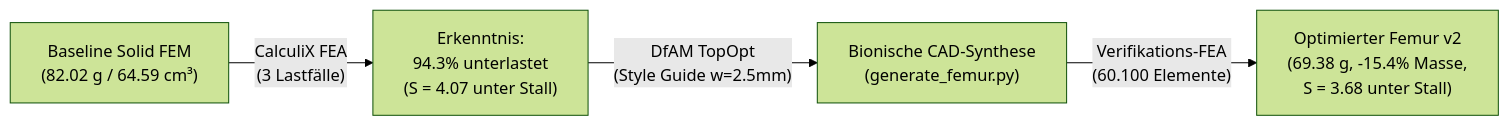
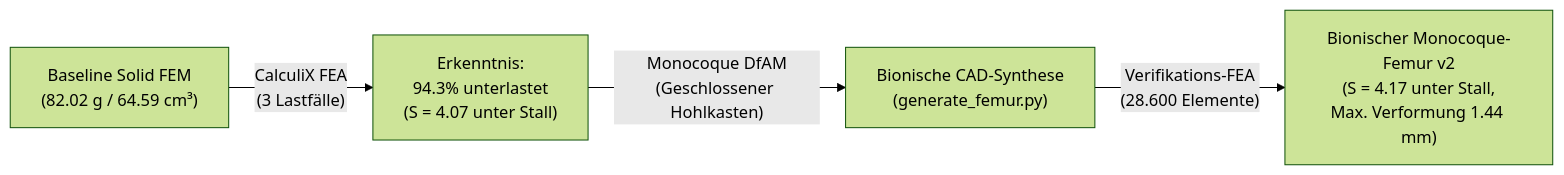
One commit to vern-da-coda/lasius changed the first of 3 diagrams in docs/hardware/femur_topology_optimization_report.md. Above: the diagram before and after it, drawn with Mermaid (forest theme). The commit also changed other lines of this file and 7 other files, not shown here.

First line of the commit message:
feat(mechanics): convert femur waist to bionic monocoque box girder

````diff
--- a/docs/hardware/femur_topology_optimization_report.md
+++ b/docs/hardware/femur_topology_optimization_report.md
@@ -14,6 +14,6 @@
 ```mermaid
 flowchart LR
     A["Baseline Solid FEM\n(82.02 g / 64.59 cm³)"] -->|"CalculiX FEA\n(3 Lastfälle)"| B["Erkenntnis:\n94.3% unterlastet\n(S = 4.07 unter Stall)"]
-    B -->|"DfAM TopOpt\n(Style Guide w=2.5mm)"| C["Bionische CAD-Synthese\n(generate_femur.py)"]
-    C -->|"Verifikations-FEA\n(60.100 Elemente)"| D["Optimierter Femur v2\n(69.38 g, -15.4% Masse,\nS = 3.68 unter Stall)"]
+    B -->|"Monocoque DfAM\n(Geschlossener Hohlkasten)"| C["Bionische CAD-Synthese\n(generate_femur.py)"]
+    C -->|"Verifikations-FEA\n(28.600 Elemente)"| D["Bionischer Monocoque-Femur v2\n(S = 4.17 unter Stall,\nMax. Verformung 1.44 mm)"]
 ```
````
